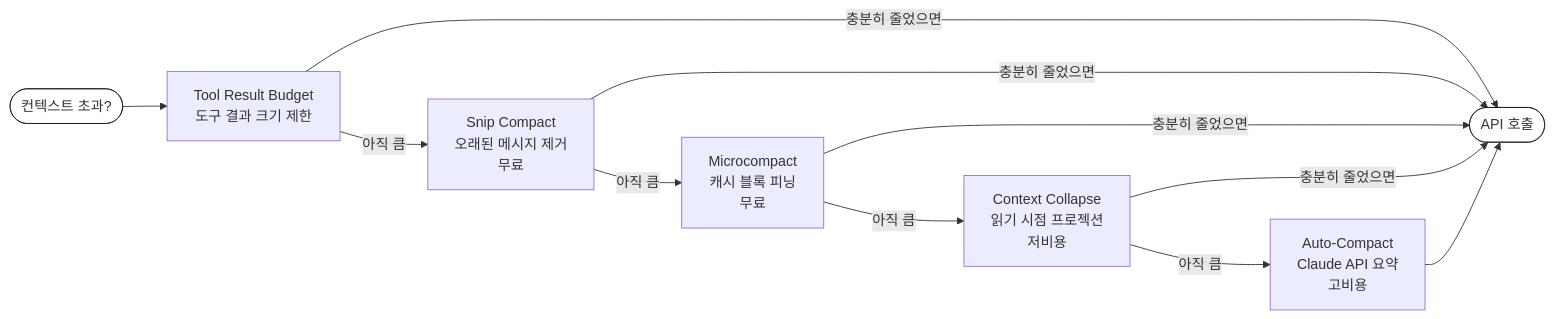
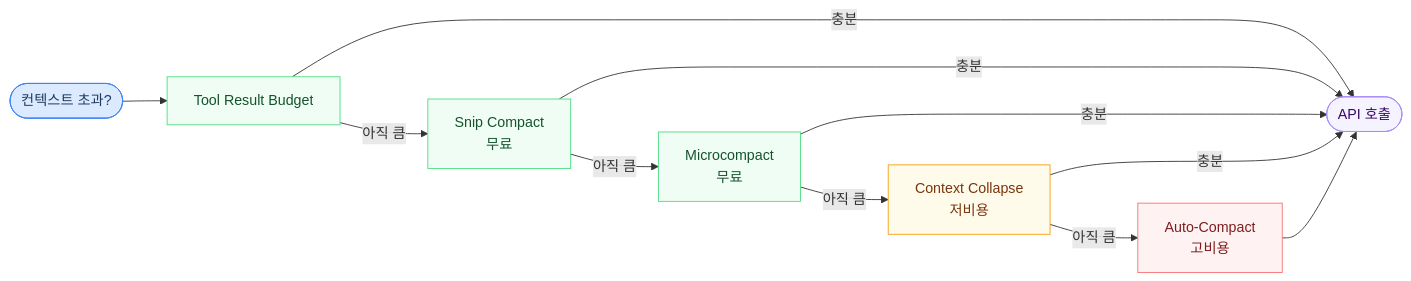
One commit to currenjin/currenjin.github.io changed the second of 9 diagrams in _wiki/claude-code.md. Above: the diagram before and after it, drawn with Mermaid. The commit also changed other lines of this file and 1 other file, not shown here.

Commit message:
style: Apply color-coded classDef and smooth curves to all diagrams

````diff
--- a/_wiki/claude-code.md
+++ b/_wiki/claude-code.md
@@ -113,16 +114,19 @@
 ```mermaid
 flowchart LR
-    A([컨텍스트 초과?]) --> B[Tool Result Budget\n도구 결과 크기 제한]
-    B -->|아직 큼| C[Snip Compact\n오래된 메시지 제거\n무료]
-    C -->|아직 큼| D[Microcompact\n캐시 블록 피닝\n무료]
-    D -->|아직 큼| E[Context Collapse\n읽기 시점 프로젝션\n저비용]
-    E -->|아직 큼| F[Auto-Compact\nClaude API 요약\n고비용]
-    B -->|충분히 줄었으면| Z([API 호출])
-    C -->|충분히 줄었으면| Z
-    D -->|충분히 줄었으면| Z
-    E -->|충분히 줄었으면| Z
+    classDef trigger fill:#DBEAFE,stroke:#3B82F6,color:#1e3a5f
+    classDef free   fill:#F0FDF4,stroke:#4ADE80,color:#14532d
+    classDef low    fill:#FFFBEB,stroke:#F59E0B,color:#78350f
+    classDef high   fill:#FEF2F2,stroke:#F87171,color:#7f1d1d
+    classDef done   fill:#F5F3FF,stroke:#A78BFA,color:#3b0764
+
+    A([컨텍스트 초과?]):::trigger --> B[Tool Result Budget]:::free
+    B -->|아직 큼| C[Snip Compact\n무료]:::free
+    C -->|아직 큼| D[Microcompact\n무료]:::free
+    D -->|아직 큼| E[Context Collapse\n저비용]:::low
+    E -->|아직 큼| F[Auto-Compact\n고비용]:::high
+    B -->|충분| Z([API 호출]):::done
+    C -->|충분| Z
+    D -->|충분| Z
+    E -->|충분| Z
     F --> Z
-
-    style Z fill:transparent,stroke:#111827
-    style A fill:transparent,stroke:#111827
 ```
````
